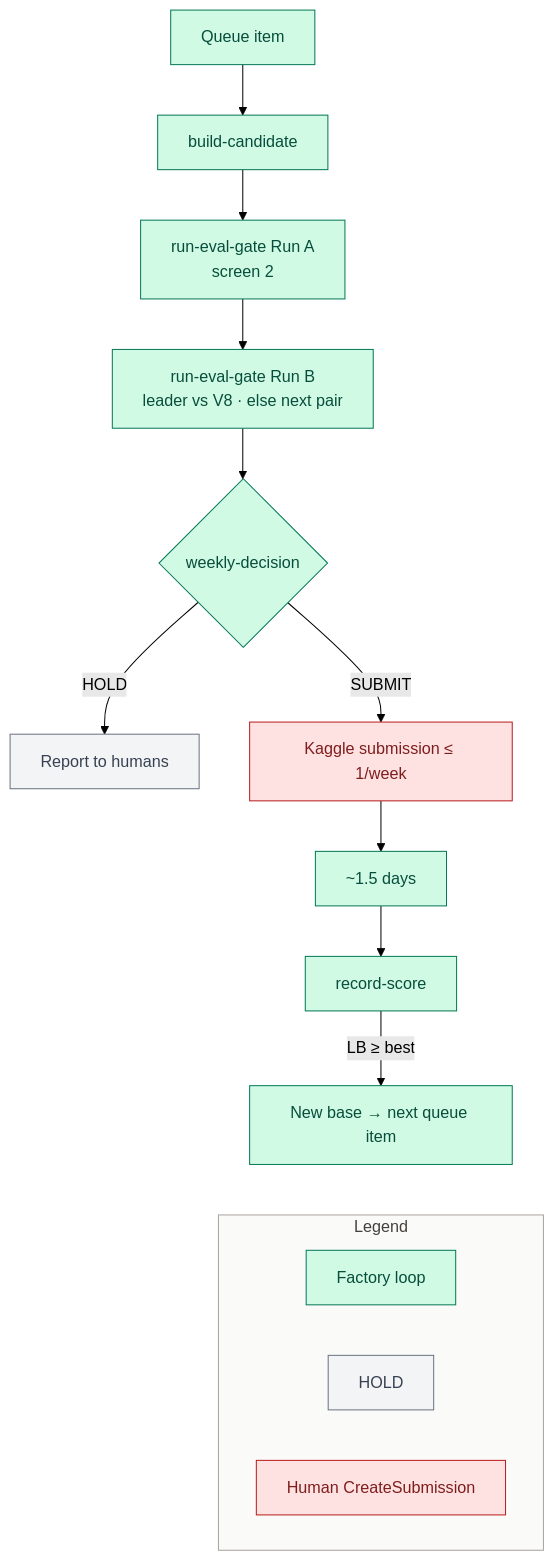
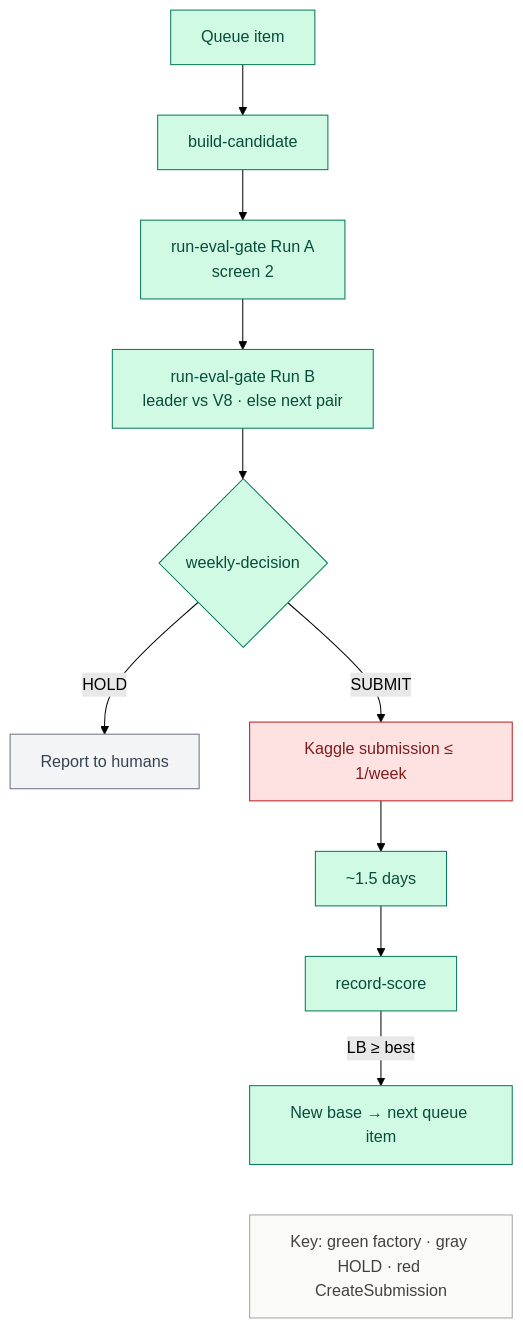
Before and after one commit to khaosans/noisegate-gemma4-factory: the diagram in factory/README.md, drawn with Mermaid (forest theme). The commit also changed other lines of this file and 4 other files, not shown here.

First line of the commit message:
docs: compact Mermaid legends to single Key lines

````diff
--- a/factory/README.md
+++ b/factory/README.md
@@ -9,28 +9,23 @@
 ```mermaid
 flowchart TB
   Q[Queue item] --> BC[build-candidate]
   BC --> GA[run-eval-gate Run A<br/>screen 2]
   GA --> GB[run-eval-gate Run B<br/>leader vs V8 · else next pair]
   GB --> WD{weekly-decision}
   WD -->|HOLD| RH[Report to humans]
   WD -->|SUBMIT| KS[Kaggle submission ≤ 1/week]
   KS --> Wait[~1.5 days]
   Wait --> RS[record-score]
   RS -->|LB ≥ best| NB[New base → next queue item]
 
-  subgraph Legend["Legend"]
-    direction LR
-    LegF[Factory loop]
-    LegH[HOLD]
-    LegS[Human CreateSubmission]
-  end
-  NB ~~~ LegF
+  Key["Key: green factory · gray HOLD · red CreateSubmission"]
+  NB ~~~ Key
 
   classDef factory fill:#D1FAE5,stroke:#047857,color:#064E3B
   classDef hitl fill:#FEE2E2,stroke:#B91C1C,color:#7F1D1D
   classDef hold fill:#F3F4F6,stroke:#6B7280,color:#374151
-  class Q,BC,GA,GB,WD,Wait,RS,NB,LegF factory
-  class KS,LegS hitl
-  class RH,LegH hold
-  style Legend fill:#FAFAF9,stroke:#A8A29E,color:#44403C
+  class Q,BC,GA,GB,WD,Wait,RS,NB factory
+  class KS hitl
+  class RH hold
+  style Key fill:#FAFAF9,stroke:#A8A29E,color:#44403C
 ```
````
